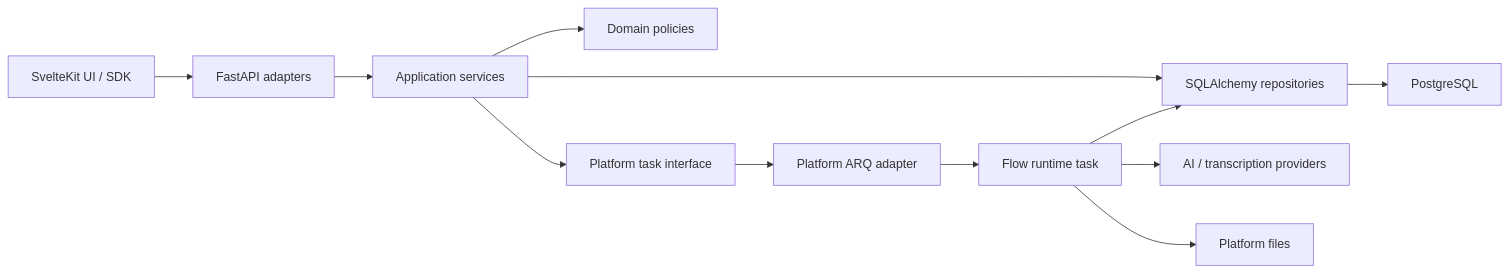
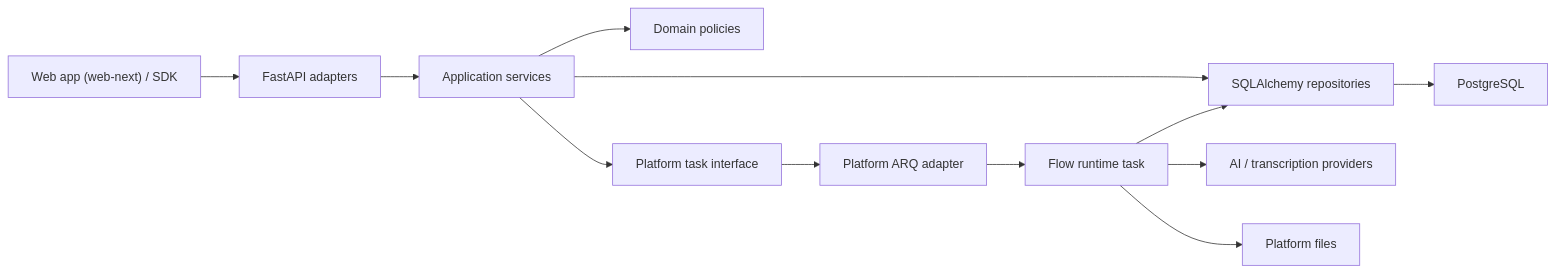
One commit to eneo-ai/eneo changed the diagram in frontend/apps/docs-site/src/content/docs/flows-for-developers/how-built.mdx. Above: the diagram before and after it, drawn with Mermaid. The commit also changed other lines of this file and 12 other files, not shown here.

First line of the commit message:
docs(flows): say flows are administered in the new web app

````diff
--- a/frontend/apps/docs-site/src/content/docs/flows-for-developers/how-built.mdx
+++ b/frontend/apps/docs-site/src/content/docs/flows-for-developers/how-built.mdx
@@ -9,14 +9,14 @@
 ```mermaid
 flowchart LR
-  UI["SvelteKit UI / SDK"] --> API["FastAPI adapters"]
+  UI["Web app (web-next) / SDK"] --> API["FastAPI adapters"]
   API --> APP["Application services"]
   APP --> DOMAIN["Domain policies"]
   APP --> REPO["SQLAlchemy repositories"]
   REPO --> DB["PostgreSQL"]
   APP --> TASK["Platform task interface"]
   TASK --> ARQ["Platform ARQ adapter"]
   ARQ --> RUNTIME["Flow runtime task"]
   RUNTIME --> REPO
   RUNTIME --> MODELS["AI / transcription providers"]
   RUNTIME --> FILES["Platform files"]
 ```
````
